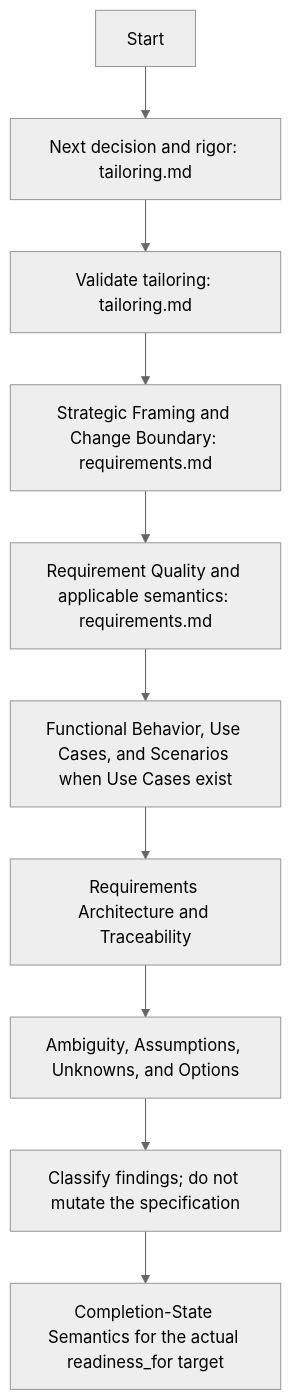
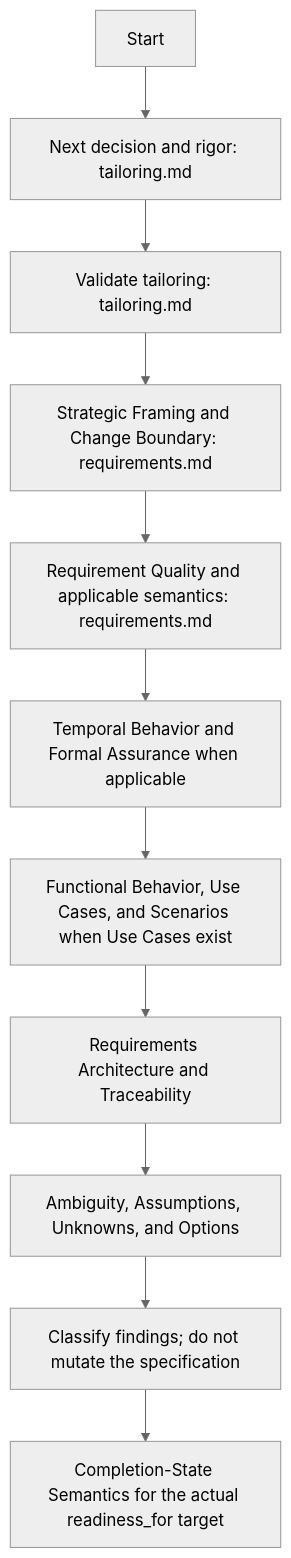
Before and after one commit to JadsonLucena/agent-toolkit: the diagram in contexts/requirements/skills/validation/SKILL.md, drawn with Mermaid (neutral theme). The commit also changed other lines of this file and 6 other files, not shown here.

Commit message:
feat(requirements): clarify temporal obligations and formal assurance evidence

````diff
--- a/contexts/requirements/skills/validation/SKILL.md
+++ b/contexts/requirements/skills/validation/SKILL.md
@@ -58,12 +58,13 @@
 ```mermaid
 flowchart TD
     Start --> Context["Next decision and rigor: tailoring.md"]
     Context --> Tailor["Validate tailoring: tailoring.md"]
     Tailor --> Frame["Strategic Framing and Change Boundary: requirements.md"]
     Frame --> Semantics["Requirement Quality and applicable semantics: requirements.md"]
-    Semantics --> UseCases["Functional Behavior, Use Cases, and Scenarios when Use Cases exist"]
+    Semantics --> Temporal["Temporal Behavior and Formal Assurance when applicable"]
+    Temporal --> UseCases["Functional Behavior, Use Cases, and Scenarios when Use Cases exist"]
     UseCases --> Consistency["Requirements Architecture and Traceability"]
     Consistency --> Uncertainty["Ambiguity, Assumptions, Unknowns, and Options"]
     Uncertainty --> Classify["Classify findings; do not mutate the specification"]
     Classify --> Ready["Completion-State Semantics for the actual readiness_for target"]
 ```
````
